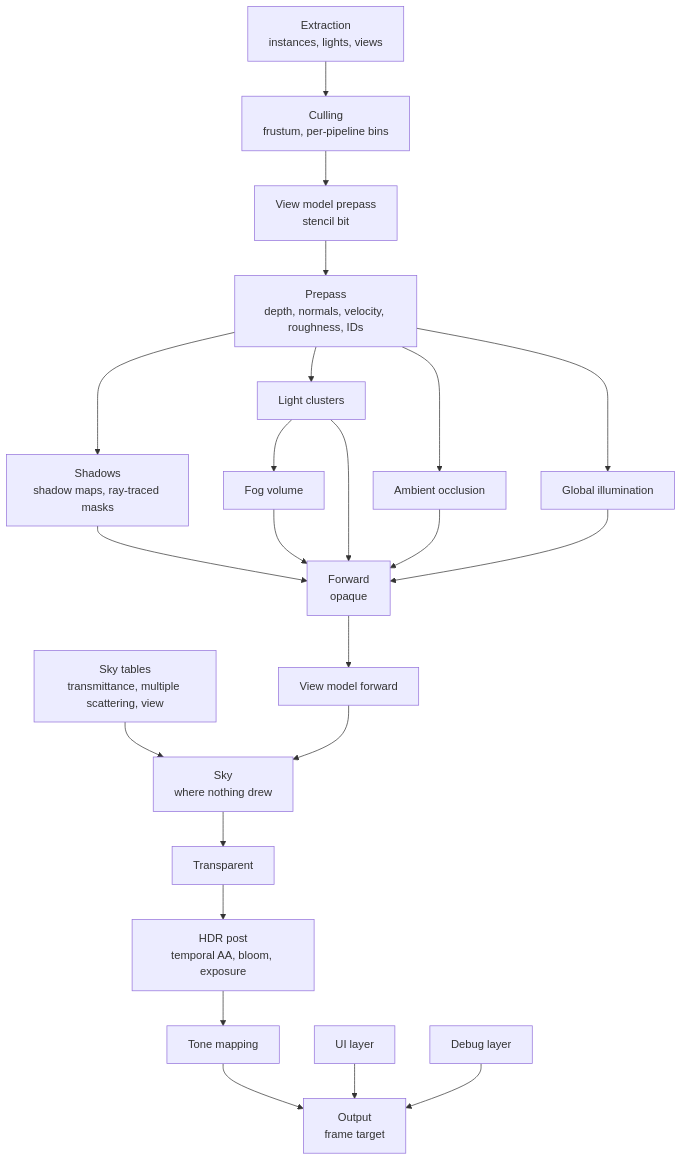
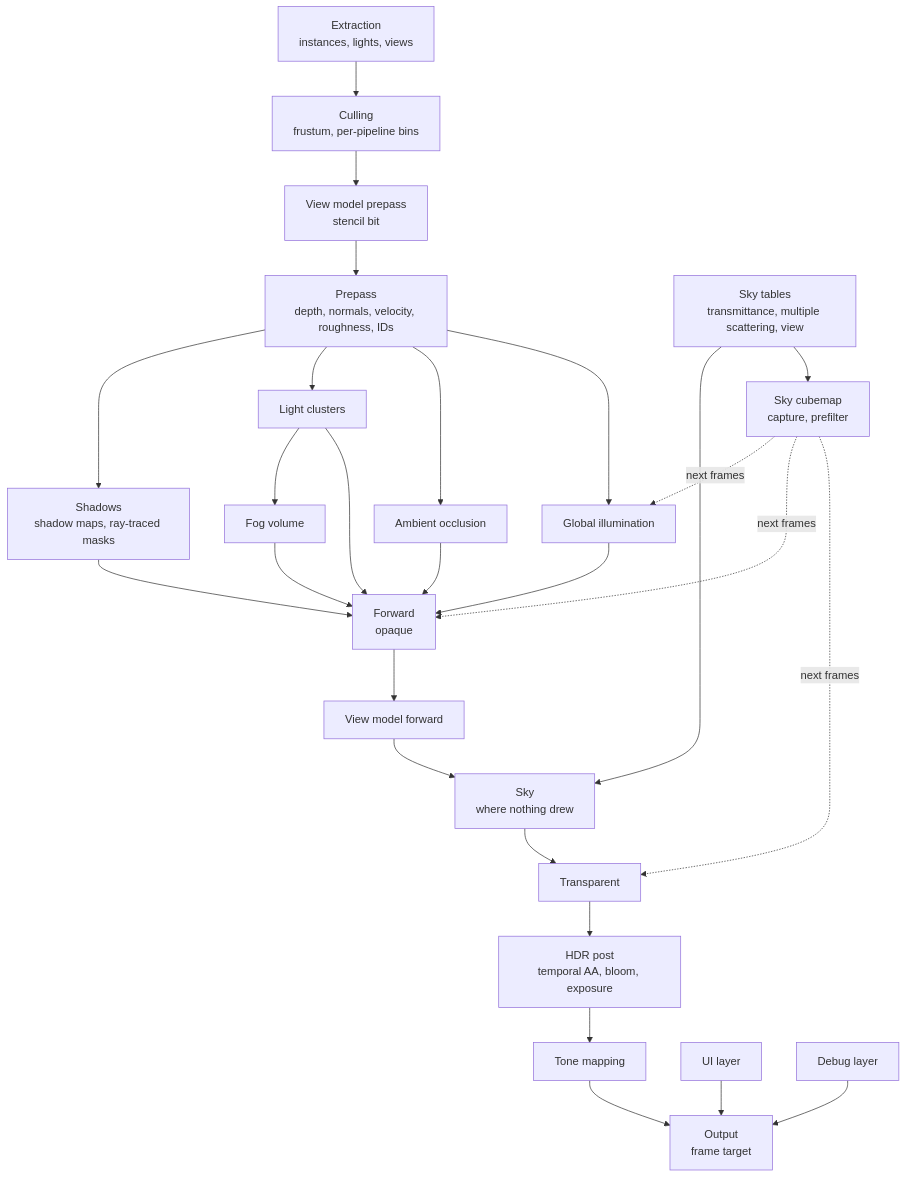
Before and after one commit to aszecsei/cinnabar: the diagram in docs/rendering/frame.md, drawn with Mermaid. The commit also changed other lines of this file and 7 other files, not shown here.

````diff
--- a/docs/rendering/frame.md
+++ b/docs/rendering/frame.md
@@ -5,31 +5,33 @@
 ```mermaid
 flowchart TB
     EXTRACT["Extraction<br/>instances, lights, views"]
     CULL["Culling<br/>frustum, per-pipeline bins"]
     PRE["Prepass<br/>depth, normals, velocity, roughness, IDs"]
     VMPRE["View model prepass<br/>stencil bit"]
     SHADOW["Shadows<br/>shadow maps, ray-traced masks"]
     CLUSTER["Light clusters"]
     AO["Ambient occlusion"]
     GI["Global illumination"]
     FOG["Fog volume"]
     SKYLUT["Sky tables<br/>transmittance, multiple scattering, view"]
+    SKYCUBE["Sky cubemap<br/>capture, prefilter"]
     SKY["Sky<br/>where nothing drew"]
     FWD["Forward<br/>opaque"]
     VMFWD["View model forward"]
     TRANS["Transparent"]
     POST["HDR post<br/>temporal AA, bloom, exposure"]
     TONE["Tone mapping"]
     UI["UI layer"]
     DEBUG["Debug layer"]
     OUT["Output<br/>frame target"]
 
     EXTRACT --> CULL --> VMPRE --> PRE
     PRE --> SHADOW & CLUSTER & AO & GI
     CLUSTER --> FOG
     SHADOW & CLUSTER & AO & GI & FOG --> FWD
     SKYLUT --> SKY
+    SKYLUT --> SKYCUBE -.->|"next frames"| GI & FWD & TRANS
     FWD --> VMFWD --> SKY --> TRANS --> POST --> TONE --> OUT
     UI --> OUT
     DEBUG --> OUT
 ```
````
